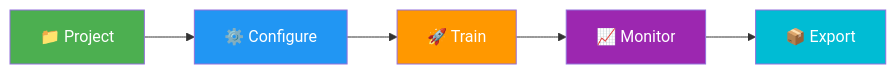
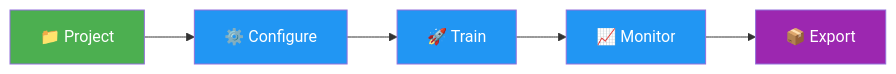
Before and after one commit to shashankktiwarii3/ultralytics2: the first of 2 diagrams in docs/en/platform/train/index.md, drawn with Mermaid. The commit also changed other lines of this file and 930 other files, not shown here.

````diff
--- a/docs/en/platform/train/index.md
+++ b/docs/en/platform/train/index.md
@@ -24,13 +37,11 @@
 ```mermaid
 graph LR
-    A[📁 Project] --> B[⚙️ Configure]
-    B --> C[🚀 Train]
-    C --> D[📈 Monitor]
-    D --> E[📦 Export]
+    A[📁 Project]:::start --> B[⚙️ Configure]:::proc
+    B --> C[🚀 Train]:::proc
+    C --> D[📈 Monitor]:::proc
+    D --> E[📦 Export]:::out
 
-    style A fill:#4CAF50,color:#fff
-    style B fill:#2196F3,color:#fff
-    style C fill:#FF9800,color:#fff
-    style D fill:#9C27B0,color:#fff
-    style E fill:#00BCD4,color:#fff
+    classDef start fill:#4CAF50,color:#fff
+    classDef proc fill:#2196F3,color:#fff
+    classDef out fill:#9C27B0,color:#fff
 ```
````
